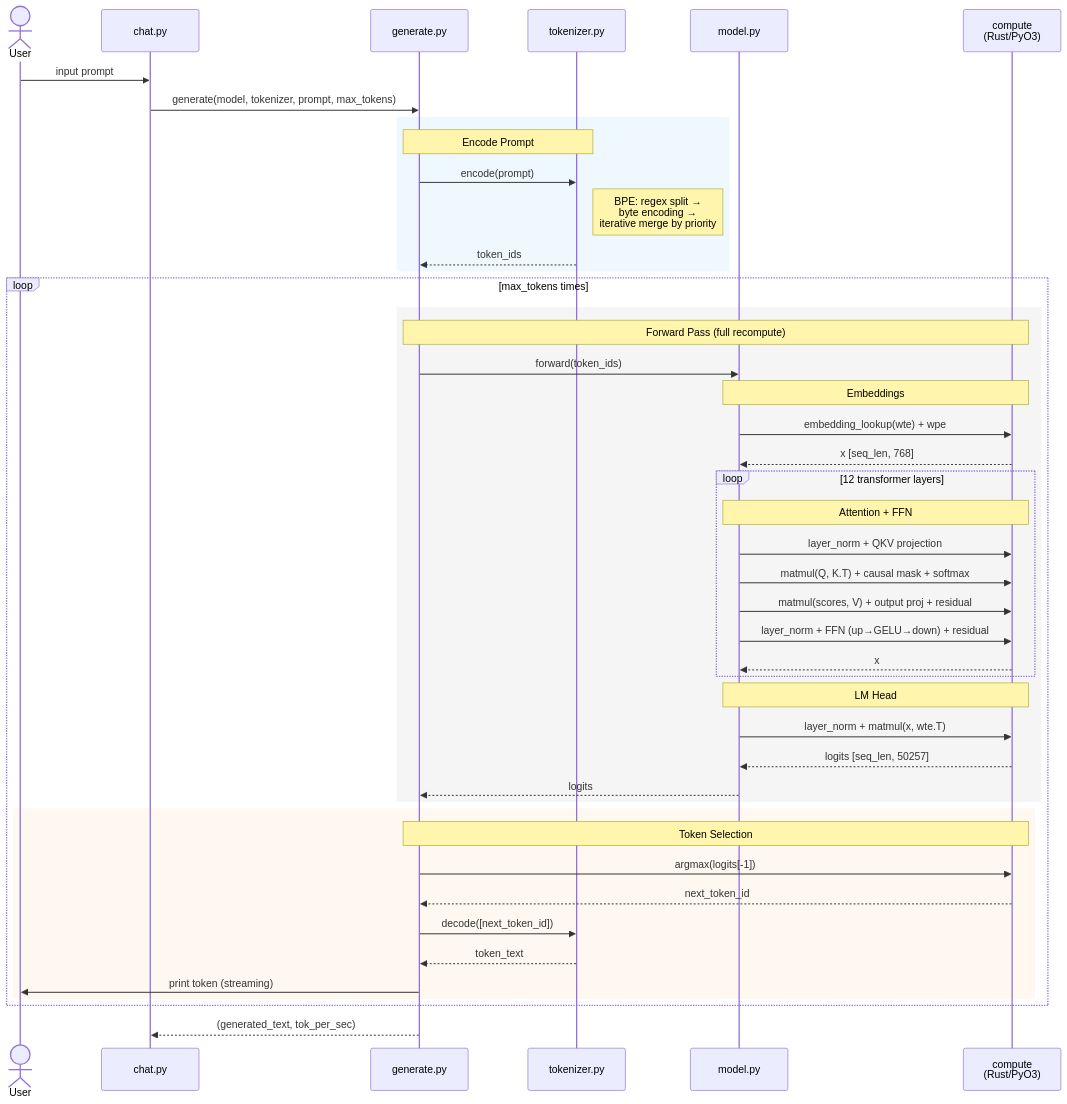
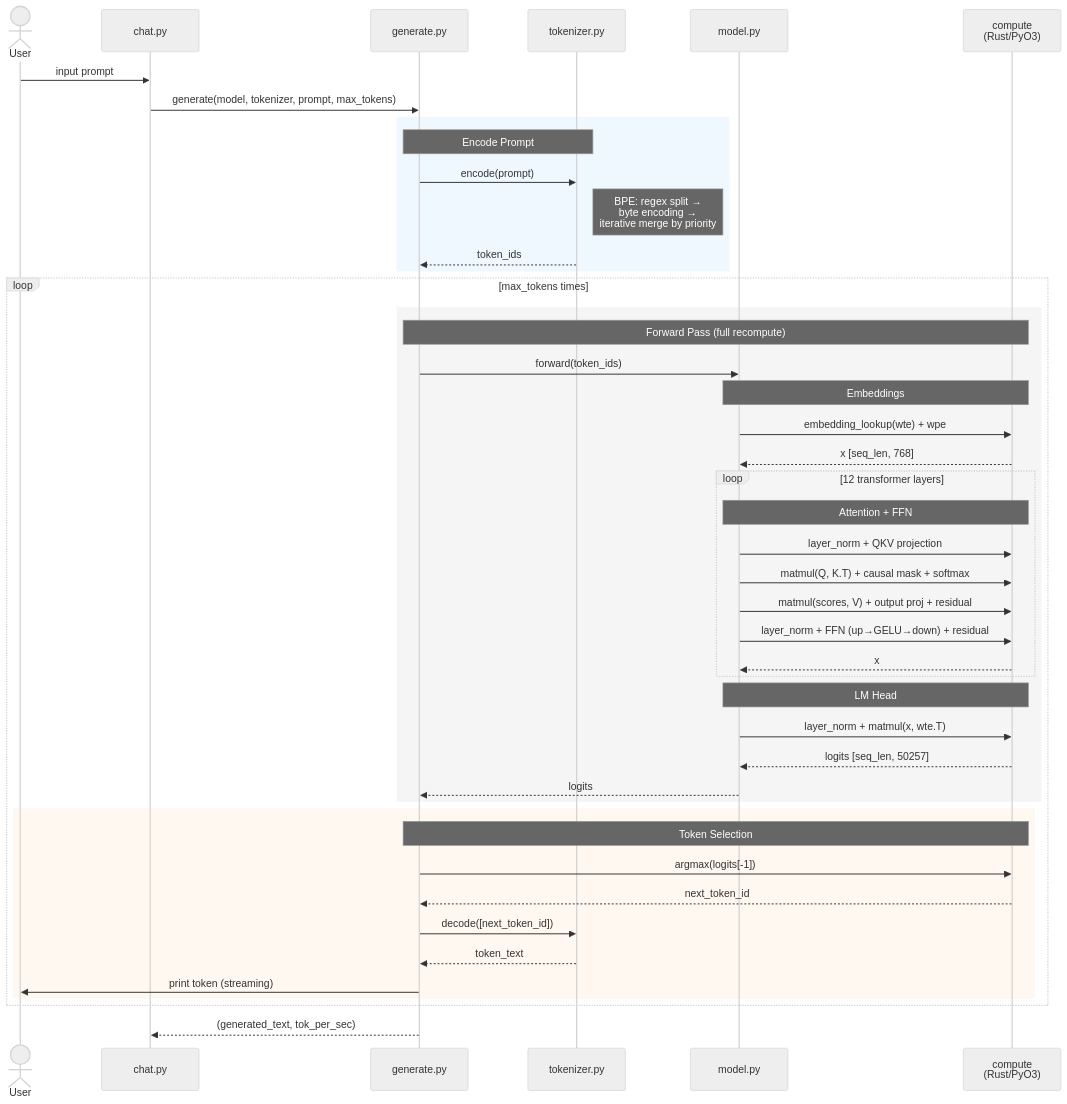
The diagram in _posts/2026-05-08-bare-bones-gpt2-inference.md (fschmole/fschmole.github.io), drawn with Mermaid before and after one commit.

Commit message:
neutral theme for mermaid diagram

````diff
--- a/_posts/2026-05-08-bare-bones-gpt2-inference.md
+++ b/_posts/2026-05-08-bare-bones-gpt2-inference.md
@@ -59,55 +59,56 @@
 ```mermaid
+%%{init: {'theme': 'neutral'}}%%
 sequenceDiagram
     actor User
     participant Chat as chat.py
     participant Gen as generate.py
     participant Tok as tokenizer.py
     participant Model as model.py
     participant C as compute<br/>(Rust/PyO3)
 
     User->>Chat: input prompt
     Chat->>Gen: generate(model, tokenizer, prompt, max_tokens)
 
     rect rgb(240, 248, 255)
     Note over Gen,Tok: Encode Prompt
     Gen->>Tok: encode(prompt)
     Note right of Tok: BPE: regex split →<br/>byte encoding →<br/>iterative merge by priority
     Tok-->>Gen: token_ids
     end
 
     loop max_tokens times
         rect rgb(245, 245, 245)
         Note over Gen,C: Forward Pass (full recompute)
         Gen->>Model: forward(token_ids)
 
         Note over Model,C: Embeddings
         Model->>C: embedding_lookup(wte) + wpe
         C-->>Model: x [seq_len, 768]
 
         loop 12 transformer layers
             Note over Model,C: Attention + FFN
             Model->>C: layer_norm + QKV projection
             Model->>C: matmul(Q, K.T) + causal mask + softmax
             Model->>C: matmul(scores, V) + output proj + residual
             Model->>C: layer_norm + FFN (up→GELU→down) + residual
             C-->>Model: x
         end
 
         Note over Model,C: LM Head
         Model->>C: layer_norm + matmul(x, wte.T)
         C-->>Model: logits [seq_len, 50257]
         Model-->>Gen: logits
         end
 
         rect rgb(255, 248, 240)
         Note over Gen,C: Token Selection
         Gen->>C: argmax(logits[-1])
         C-->>Gen: next_token_id
         Gen->>Tok: decode([next_token_id])
         Tok-->>Gen: token_text
         Gen->>User: print token (streaming)
         end
     end
 
     Gen-->>Chat: (generated_text, tok_per_sec)
 ```
````
